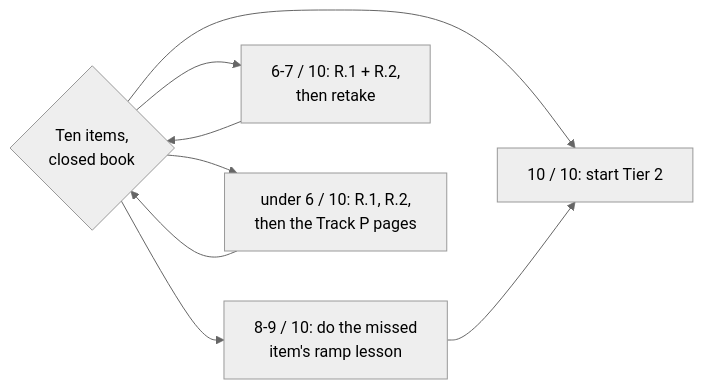
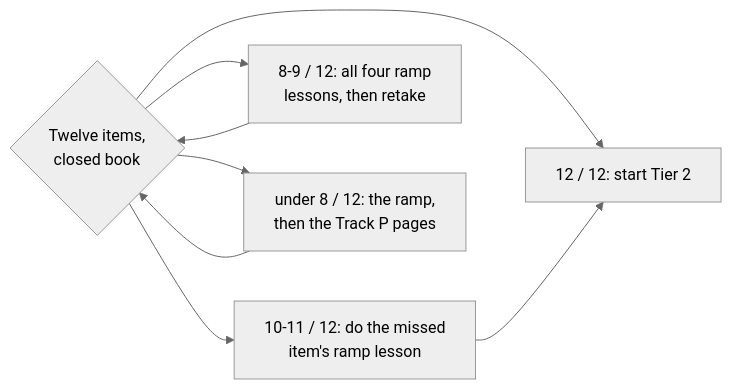
Before and after one commit to TLE47/Mechatronics-Roadmap: the diagram in docs/TIER1_EXIT_CHECK.md, drawn with Mermaid (neutral theme). The commit also changed other lines of this file and 11 other files, not shown here.

First line of the commit message:
Add ramp lessons R.3 and R.4, the error explainer, and the pilot protocol

````diff
--- a/docs/TIER1_EXIT_CHECK.md
+++ b/docs/TIER1_EXIT_CHECK.md
@@ -13,10 +14,10 @@
 ```mermaid
 flowchart LR
-    Q{"Ten items,<br/>closed book"} --> A["10 / 10: start Tier 2"]
-    Q --> B["8-9 / 10: do the missed<br/>item's ramp lesson"]
+    Q{"Twelve items,<br/>closed book"} --> A["12 / 12: start Tier 2"]
+    Q --> B["10-11 / 12: do the missed<br/>item's ramp lesson"]
     B --> A
-    Q --> C["6-7 / 10: R.1 + R.2,<br/>then retake"]
+    Q --> C["8-9 / 12: all four ramp<br/>lessons, then retake"]
     C --> Q
-    Q --> D["under 6 / 10: R.1, R.2,<br/>then the Track P pages"]
+    Q --> D["under 8 / 12: the ramp,<br/>then the Track P pages"]
     D --> Q
 ```
````
